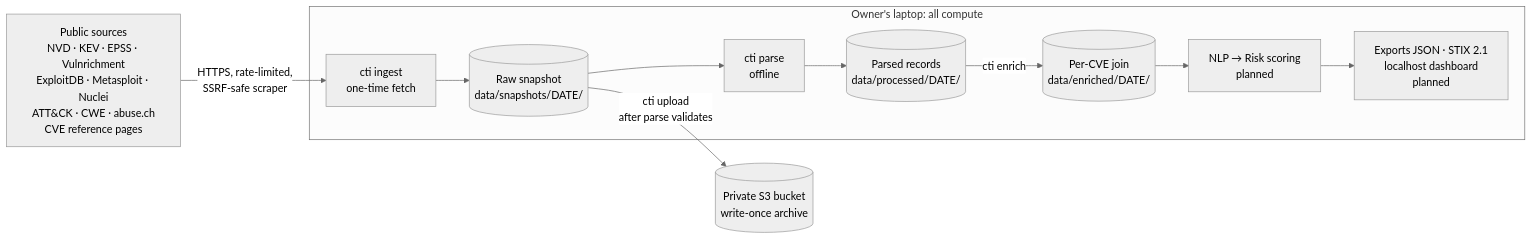
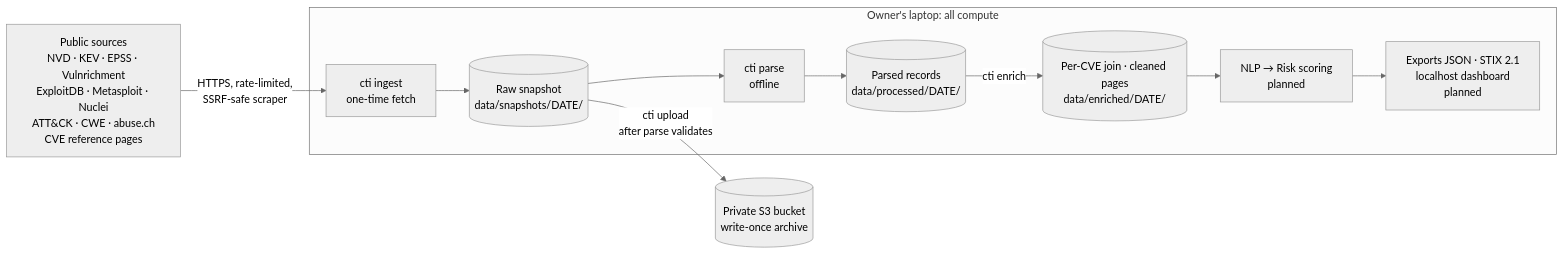
Before and after one commit to arinvandrapu/Cyber-Threat-Intelligence-System: the first of 2 diagrams in docs/architecture.md, drawn with Mermaid (neutral theme). The commit also changed other lines of this file and 14 other files, not shown here.

````diff
--- a/docs/architecture.md
+++ b/docs/architecture.md
@@ -12,18 +12,18 @@
 ```mermaid
 flowchart LR
     SRC[Public sources<br/>NVD · KEV · EPSS · Vulnrichment<br/>ExploitDB · Metasploit · Nuclei<br/>ATT&CK · CWE · abuse.ch<br/>CVE reference pages]
     subgraph LAPTOP[Owner's laptop: all compute]
         ING[cti ingest<br/>one-time fetch]
         SNAP[(Raw snapshot<br/>data/snapshots/DATE/)]
         PARSE[cti parse<br/>offline]
         PROC[(Parsed records<br/>data/processed/DATE/)]
-        ENR[(Per-CVE join<br/>data/enriched/DATE/)]
+        ENR[(Per-CVE join · cleaned pages<br/>data/enriched/DATE/)]
         DOWN[NLP → Risk scoring<br/>planned]
         OUT[Exports JSON · STIX 2.1<br/>localhost dashboard<br/>planned]
     end
     S3[(Private S3 bucket<br/>write-once archive)]
 
     SRC -->|HTTPS, rate-limited,<br/>SSRF-safe scraper| ING --> SNAP
     SNAP --> PARSE --> PROC -->|cti enrich| ENR --> DOWN --> OUT
     SNAP -->|cti upload<br/>after parse validates| S3
 ```
````
